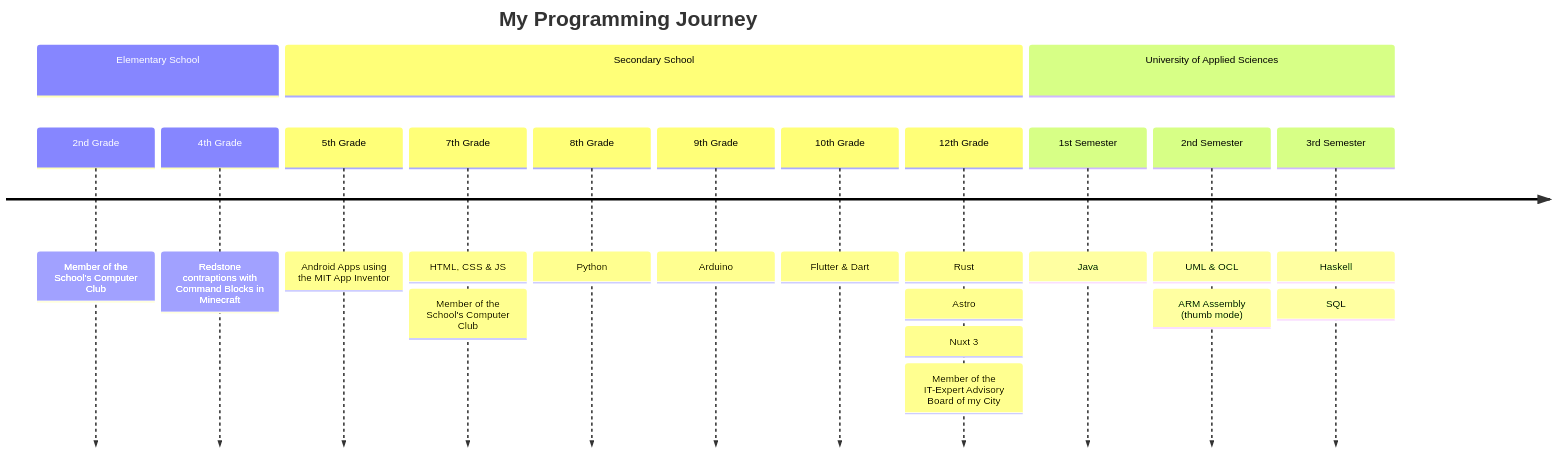
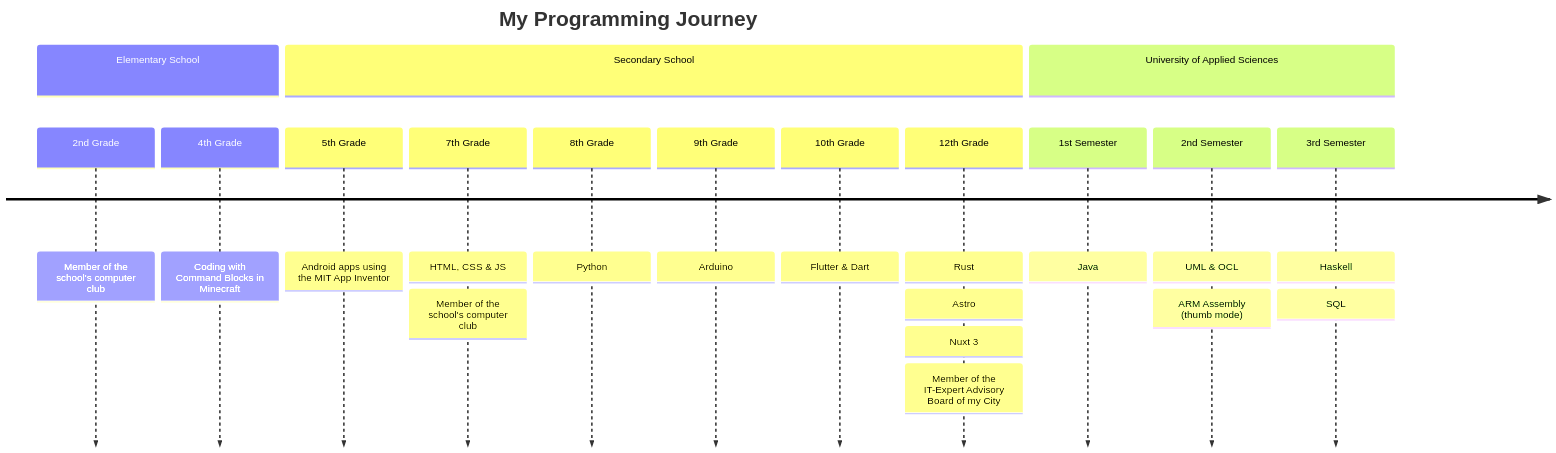
Before and after one commit to AstragoDE/AstragoDE: the diagram in README.md, drawn with Mermaid. The commit also changed other lines of this file, not shown here.

````diff
--- a/README.md
+++ b/README.md
@@ -53,27 +53,27 @@
 ```mermaid
 timeline
     title My Programming Journey
 
     section Elementary School
-        2nd Grade       : Member of the School's Computer Club
-        4th Grade       : Redstone contraptions with Command Blocks in Minecraft
+        2nd Grade       : Member of the school's computer club
+        4th Grade       : Coding with Command Blocks in Minecraft
 
     section Secondary School
-        5th Grade       : Android Apps using the MIT App Inventor
+        5th Grade       : Android apps using the MIT App Inventor
         7th Grade       : HTML, CSS & JS
-                        : Member of the School's Computer Club
+                        : Member of the school's computer club
         8th Grade       : Python
         9th Grade       : Arduino
         10th Grade      : Flutter & Dart
         12th Grade      : Rust
                         : Astro
                         : Nuxt 3
                         : Member of the IT-Expert Advisory Board of my City
 
     section University of Applied Sciences
         1st Semester    : Java
         2nd Semester    : UML & OCL
                         : ARM Assembly (thumb mode)
         3rd Semester    : Haskell
                         : SQL
 ```
````
